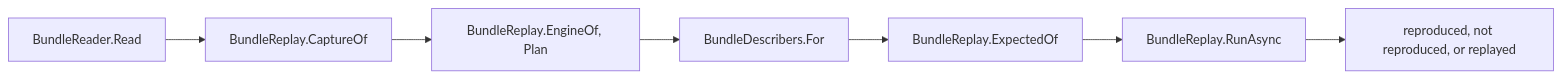
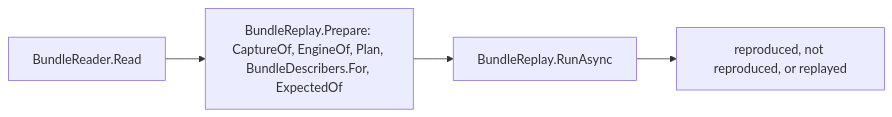
Before and after one commit to mbcrawfo/SqlSource: the first of 2 diagrams in docs/architecture/bundles.md, drawn with Mermaid. The commit also changed other lines of this file and 10 other files, not shown here.

Commit message:
refactor(tool): replay and diagnose --scrub prepare a bundle in one step (TD-0108 item 6)

````diff
--- a/docs/architecture/bundles.md
+++ b/docs/architecture/bundles.md
@@ -43,9 +43,6 @@
 ```mermaid
 flowchart LR
-    read["BundleReader.Read"] --> capture["BundleReplay.CaptureOf"]
-    capture --> plan["BundleReplay.EngineOf, Plan"]
-    plan --> describer["BundleDescribers.For"]
-    describer --> expected["BundleReplay.ExpectedOf"]
-    expected --> run["BundleReplay.RunAsync"]
+    read["BundleReader.Read"] --> prepare["BundleReplay.Prepare: CaptureOf, EngineOf, Plan, BundleDescribers.For, ExpectedOf"]
+    prepare --> run["BundleReplay.RunAsync"]
     run --> say["reproduced, not reproduced, or replayed"]
 ```
````
